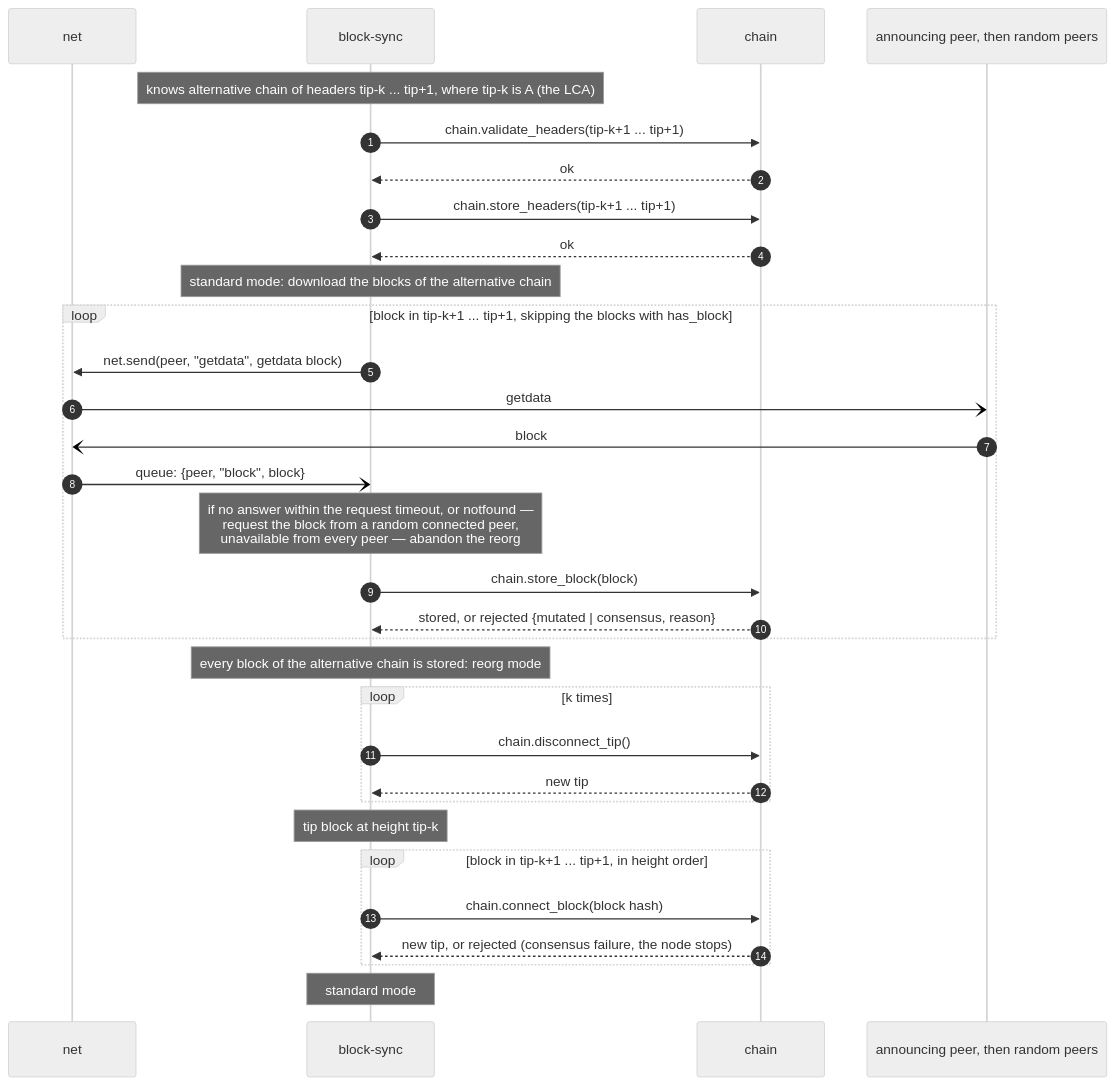
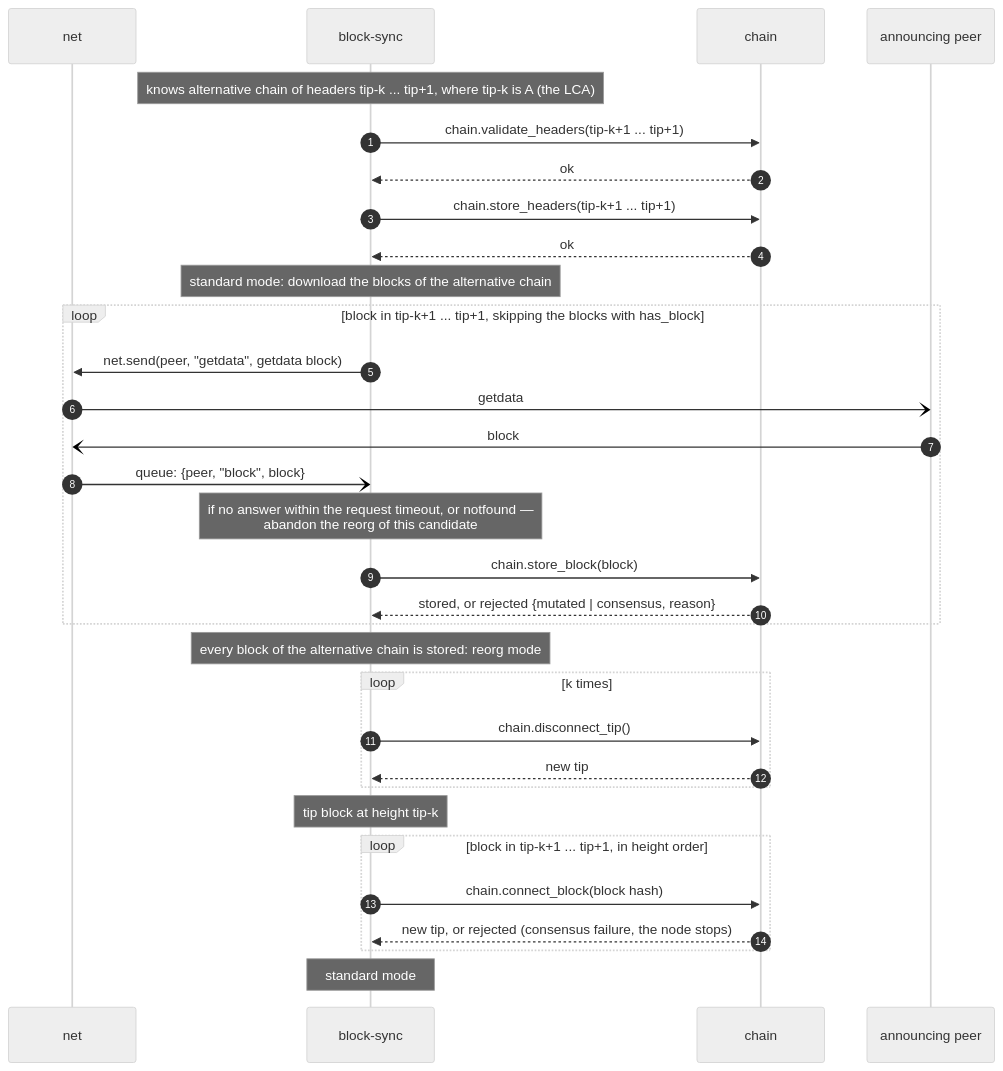
Before and after one commit to VakthundBTC/vakthund: the diagram in docs/flows/mode-reorg.md, drawn with Mermaid (neutral theme). The commit also changed other lines of this file and 14 other files, not shown here.

````diff
--- a/docs/flows/mode-reorg.md
+++ b/docs/flows/mode-reorg.md
@@ -36,34 +35,34 @@
 ```mermaid
 sequenceDiagram
     autonumber
     participant N as net
     participant BS as block-sync
     participant C as chain
-    participant P as announcing peer, then random peers
+    participant P as announcing peer
     Note over BS: knows alternative chain of headers tip-k ... tip+1, where tip-k is A (the LCA)
     BS ->> C: chain.validate_headers(tip-k+1 ... tip+1)
     C -->> BS: ok
     BS ->> C: chain.store_headers(tip-k+1 ... tip+1)
     C -->> BS: ok
     Note over BS: standard mode: download the blocks of the alternative chain
     loop block in tip-k+1 ... tip+1, skipping the blocks with has_block
         BS ->> N: net.send(peer, "getdata", getdata block)
         N -) P: getdata
         P -) N: block
         N -) BS: queue: {peer, "block", block}
-        Note over BS: if no answer within the request timeout, or notfound —<br/>request the block from a random connected peer,<br/>unavailable from every peer — abandon the reorg
+        Note over BS: if no answer within the request timeout, or notfound —<br/>abandon the reorg of this candidate
         BS ->> C: chain.store_block(block)
         C -->> BS: stored, or rejected {mutated | consensus, reason}
     end
     Note over BS: every block of the alternative chain is stored: reorg mode
     loop k times
         BS ->> C: chain.disconnect_tip()
         C -->> BS: new tip
     end
     Note over BS: tip block at height tip-k
     loop block in tip-k+1 ... tip+1, in height order
         BS ->> C: chain.connect_block(block hash)
         C -->> BS: new tip, or rejected (consensus failure, the node stops)
     end
     Note over BS: standard mode
 ```
````
